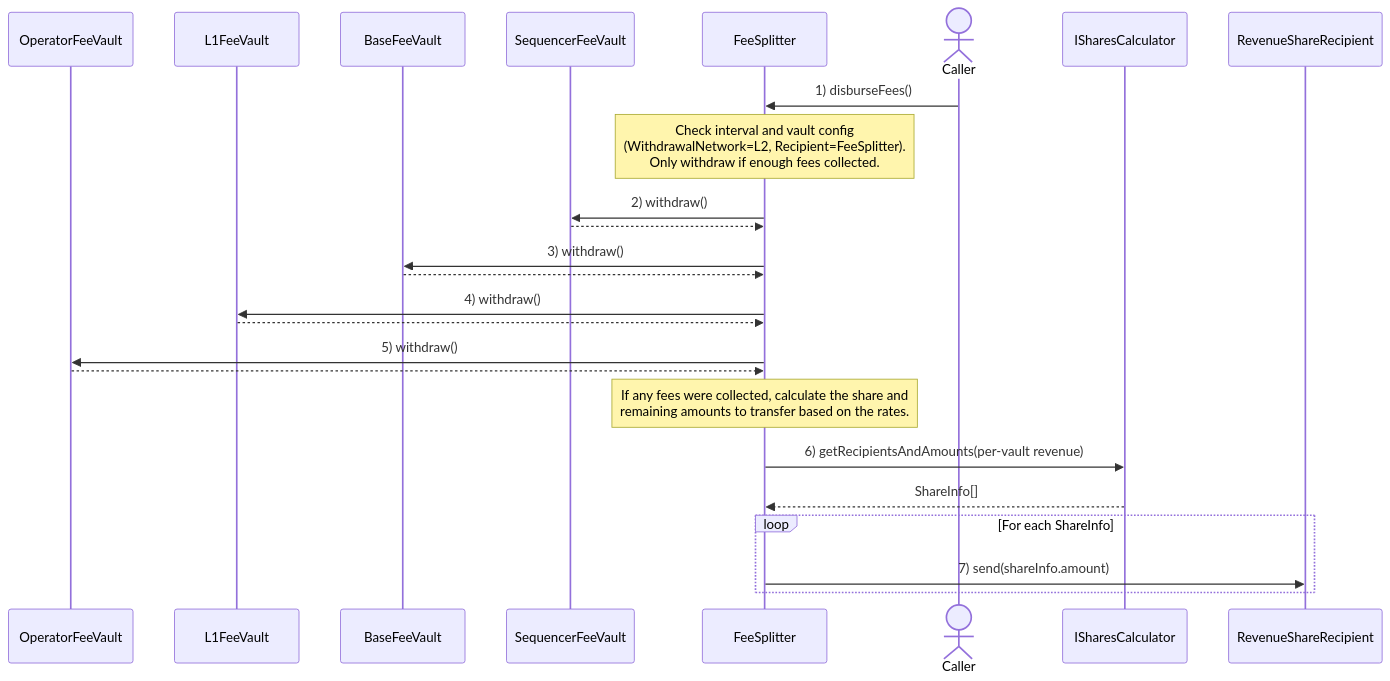
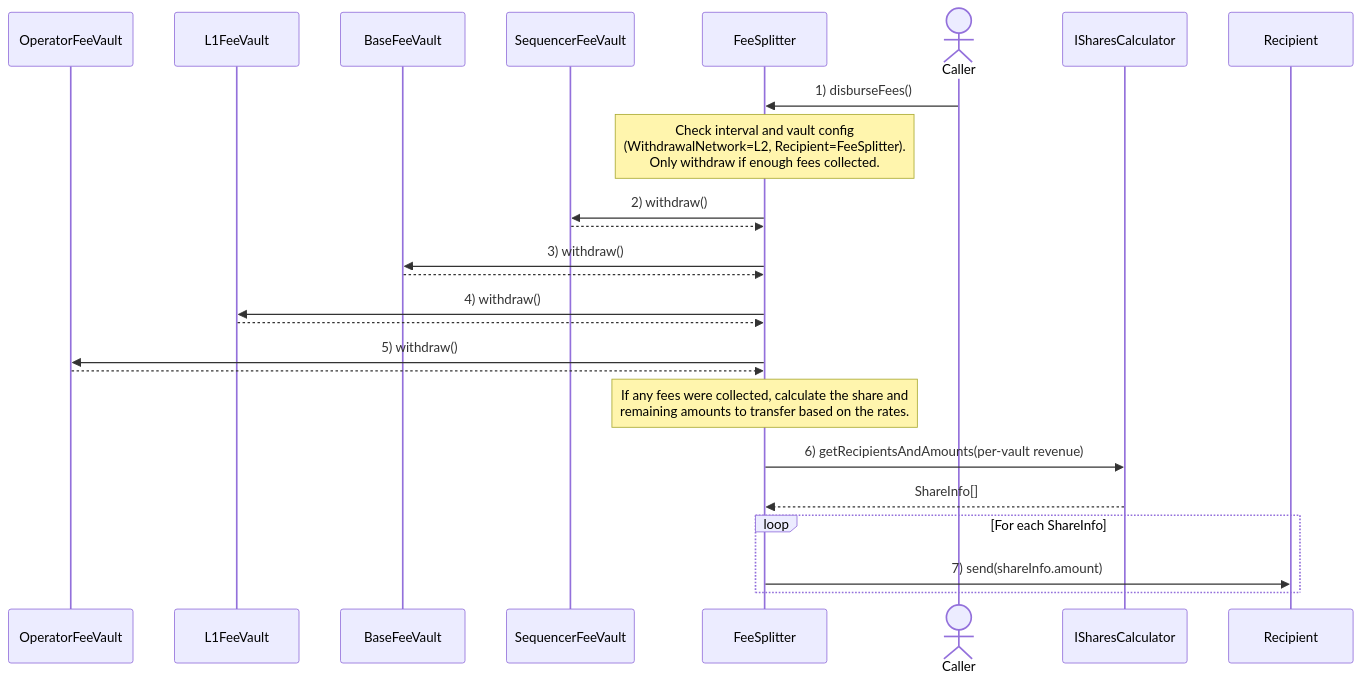
The diagram in specs/protocol/jovian/predeploys.md (defi-wonderland/specs), drawn with Mermaid before and after one commit.

Commit message:
chore: rename RevenueShareRecipient -> Recipient

````diff
--- a/specs/protocol/jovian/predeploys.md
+++ b/specs/protocol/jovian/predeploys.md
@@ -53,37 +53,37 @@
 ```mermaid
 sequenceDiagram
 
     participant OperatorFeeVault
     participant L1FeeVault
     participant BaseFeeVault
     participant SequencerFeeVault
     participant FeeSplitter
     actor Caller
     participant ISharesCalculator
-    participant RevenueShareRecipient
+    participant Recipient
 
     Caller ->> FeeSplitter: 1) disburseFees()
 
     Note over FeeSplitter: Check interval and vault config <br> (WithdrawalNetwork=L2, Recipient=FeeSplitter). <br/>Only withdraw if enough fees collected.
 
     FeeSplitter ->> SequencerFeeVault: 2) withdraw()
     SequencerFeeVault -->> FeeSplitter:
 
     FeeSplitter ->> BaseFeeVault: 3) withdraw()
     BaseFeeVault -->> FeeSplitter:
 
     FeeSplitter ->> L1FeeVault: 4) withdraw()
     L1FeeVault -->> FeeSplitter:
 
     FeeSplitter ->> OperatorFeeVault: 5) withdraw()
     OperatorFeeVault -->> FeeSplitter:
 
     Note over FeeSplitter: If any fees were collected, calculate the share and <br> remaining amounts to transfer based on the rates.
 
     FeeSplitter ->> ISharesCalculator: 6) getRecipientsAndAmounts(per-vault revenue)
     ISharesCalculator -->> FeeSplitter: ShareInfo[]
 
     loop For each ShareInfo
-        FeeSplitter ->> RevenueShareRecipient: 7) send(shareInfo.amount)
+        FeeSplitter ->> Recipient: 7) send(shareInfo.amount)
     end
 ```
````
